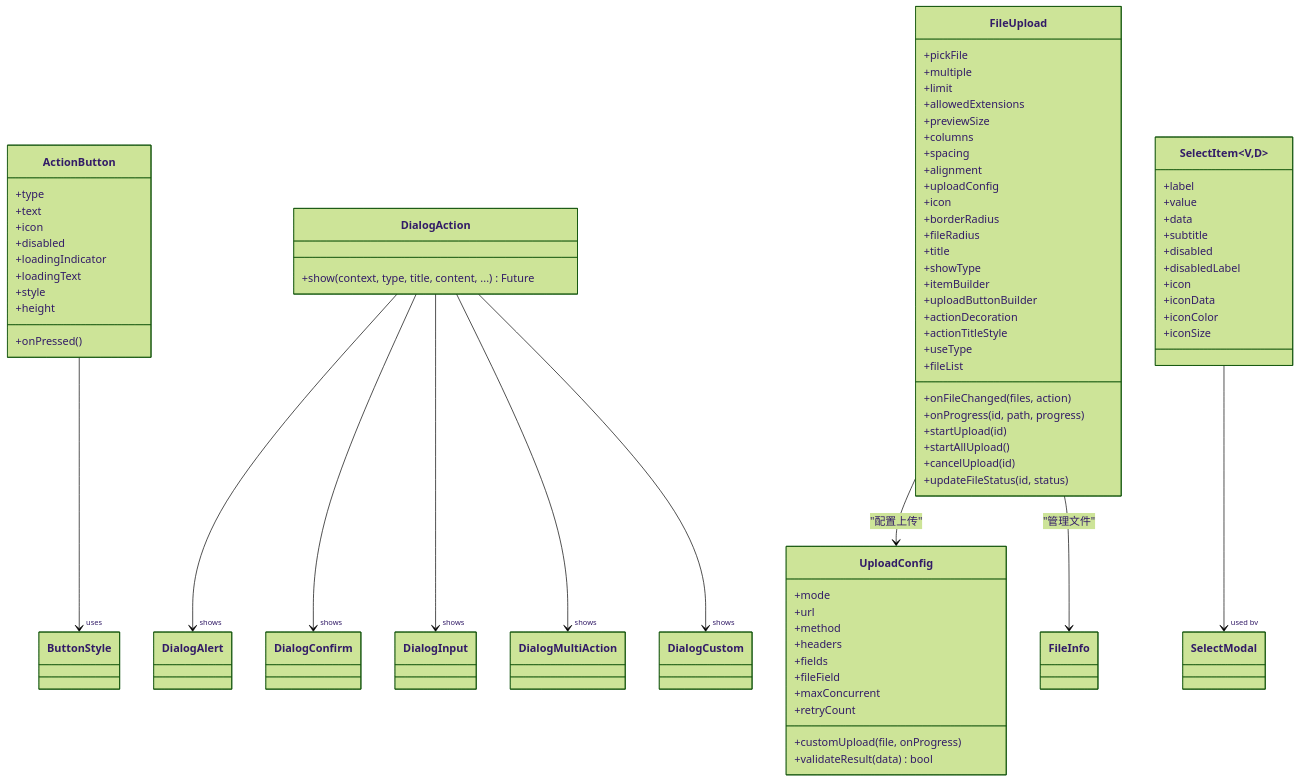
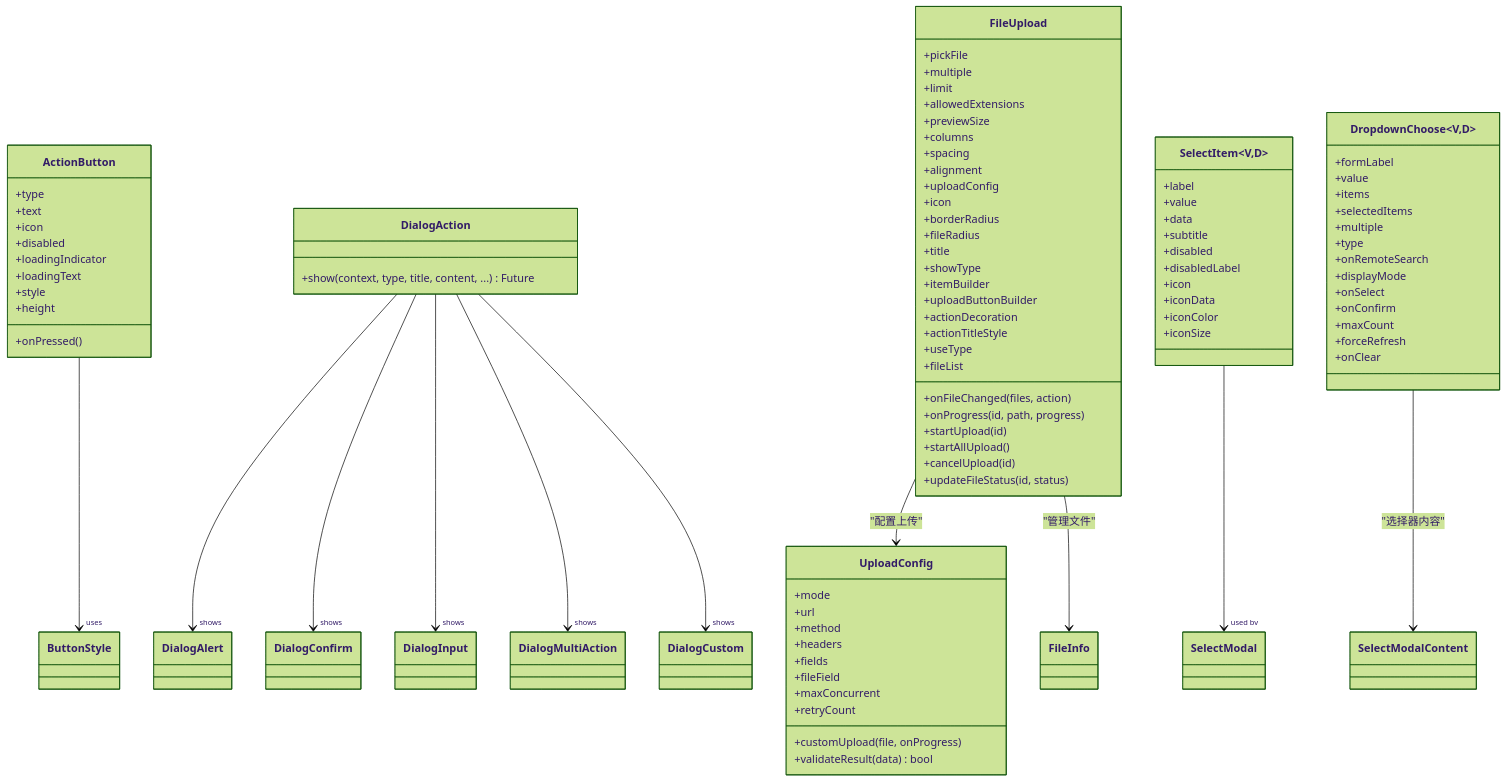
Before and after one commit to yuzhido/lite-ui: the second of 6 diagrams in .qoder/repowiki/zh/content/迁移指南.md, drawn with Mermaid (forest theme). The commit also changed other lines of this file and 44 other files, not shown here.

````diff
--- a/.qoder/repowiki/zh/content/迁移指南.md
+++ b/.qoder/repowiki/zh/content/迁移指南.md
@@ -141,6 +154,21 @@
 +iconColor
 +iconSize
 }
+class DropdownChoose~V,D~ {
++formLabel
++value
++items
++selectedItems
++multiple
++type
++onRemoteSearch
++displayMode
++onSelect
++onConfirm
++maxCount
++forceRefresh
++onClear
+}
 ActionButton --> "uses" ButtonStyle
 DialogAction --> "shows" DialogAlert
 DialogAction --> "shows" DialogConfirm
@@ -150,4 +178,5 @@
 FileUpload --> UploadConfig : "配置上传"
 FileUpload --> FileInfo : "管理文件"
 SelectItem --> "used by" SelectModal
+DropdownChoose --> SelectModalContent : "选择器内容"
 ```
````
